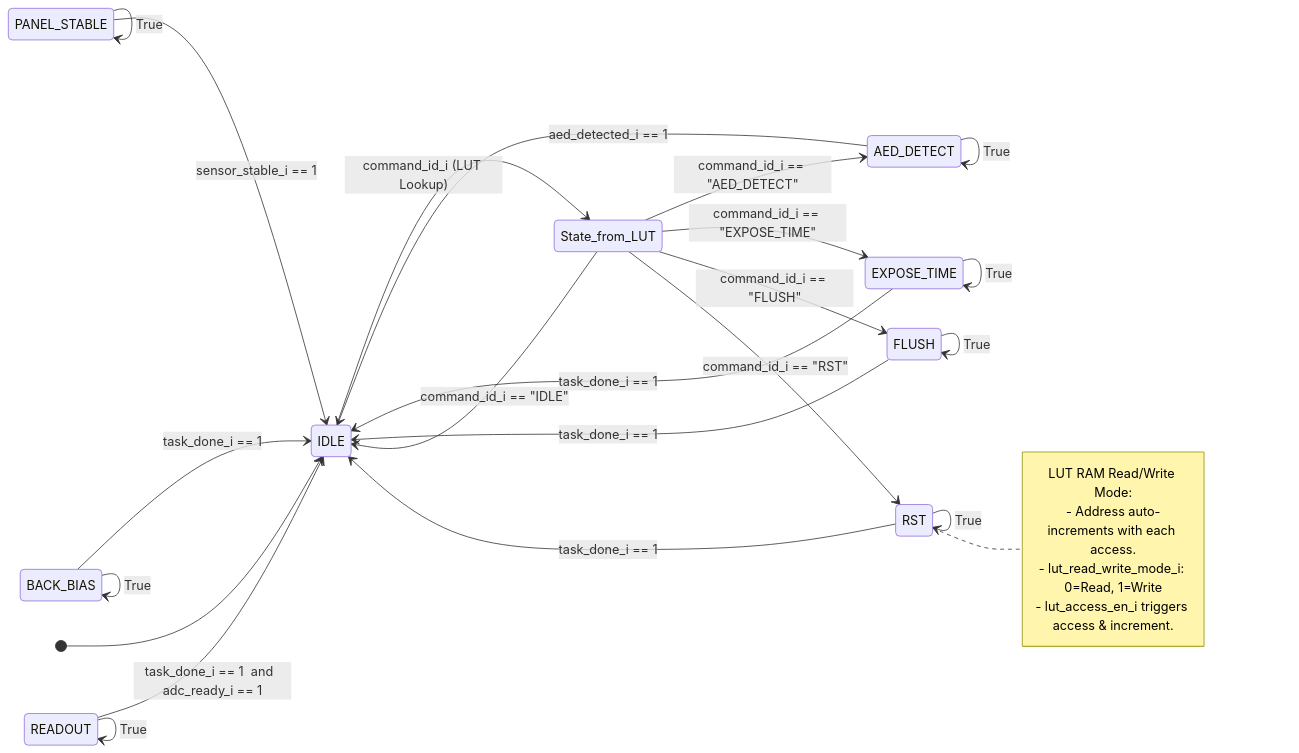
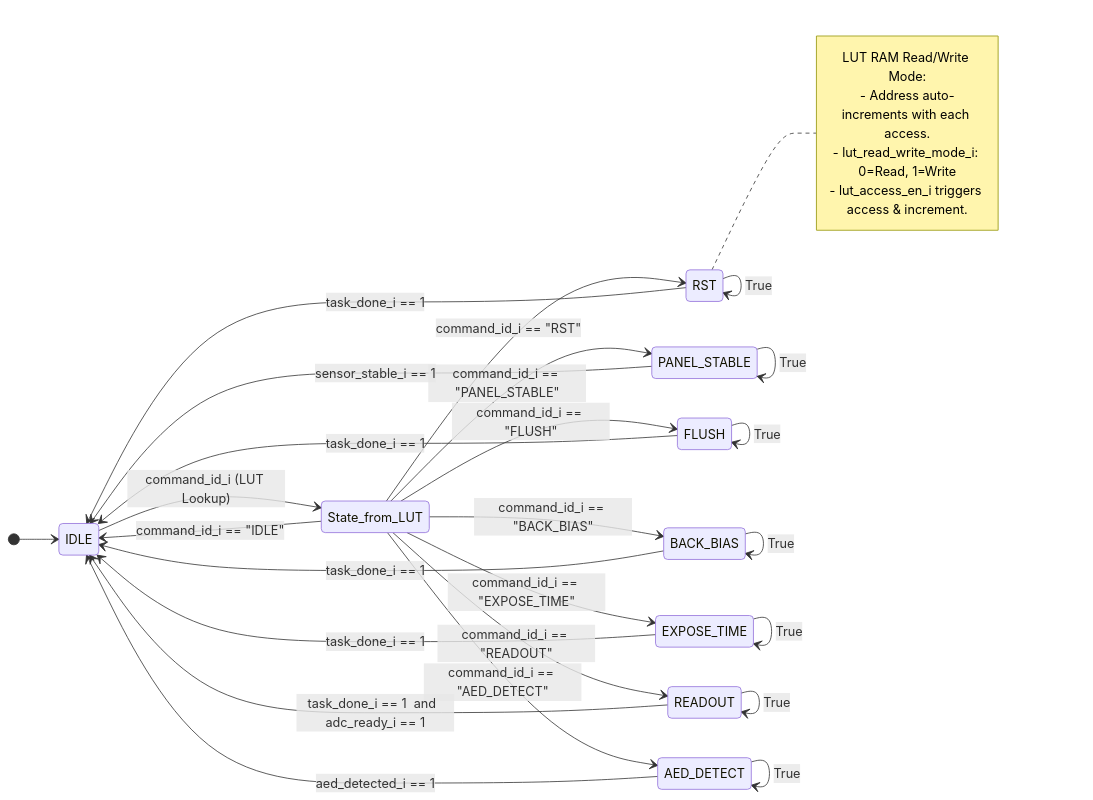
One commit to holee9/fsm_auto changed the diagram in test/fsm_diagram.md. Above: the diagram before and after it, drawn with Mermaid.

Commit message:
Update FSM state transitions: reorder and clarify command_id_i mappings

````diff
--- a/test/fsm_diagram.md
+++ b/test/fsm_diagram.md
@@ -1,43 +1,48 @@
 ```mermaid
 stateDiagram-v2
     direction LR
     state IDLE
     state RST
     state PANEL_STABLE
     state BACK_BIAS
     state FLUSH
     state EXPOSE_TIME
     state READOUT
     state AED_DETECT
 
 
     [*] --> IDLE
     IDLE --> State_from_LUT : command_id_i (LUT Lookup)
     state State_from_LUT <<choice>>
+    State_from_LUT --> RST : command_id_i == "RST"
+    State_from_LUT --> IDLE : command_id_i == "IDLE"
+    State_from_LUT --> PANEL_STABLE : command_id_i == "PANEL_STABLE"
+    State_from_LUT --> FLUSH : command_id_i == "FLUSH"
+    State_from_LUT --> BACK_BIAS : command_id_i == "BACK_BIAS"
+    State_from_LUT --> EXPOSE_TIME : command_id_i == "EXPOSE_TIME"
+    State_from_LUT --> READOUT : command_id_i == "READOUT"
     State_from_LUT --> AED_DETECT : command_id_i == "AED_DETECT"
-    State_from_LUT --> EXPOSE_TIME : command_id_i == "EXPOSE_TIME"
-    State_from_LUT --> FLUSH : command_id_i == "FLUSH"
-    State_from_LUT --> IDLE : command_id_i == "IDLE"
-    State_from_LUT --> RST : command_id_i == "RST"
+
+
     RST --> IDLE : task_done_i == 1
     RST --> RST : True
     PANEL_STABLE --> IDLE : sensor_stable_i == 1
     PANEL_STABLE --> PANEL_STABLE : True
     BACK_BIAS --> IDLE : task_done_i == 1
     BACK_BIAS --> BACK_BIAS : True
     FLUSH --> IDLE : task_done_i == 1
     FLUSH --> FLUSH : True
     EXPOSE_TIME --> IDLE : task_done_i == 1
     EXPOSE_TIME --> EXPOSE_TIME : True
     READOUT --> IDLE : task_done_i == 1  and  adc_ready_i == 1
     READOUT --> READOUT : True
     AED_DETECT --> IDLE : aed_detected_i == 1
     AED_DETECT --> AED_DETECT : True
 
     note right of RST
         LUT RAM Read/Write Mode:
         - Address auto-increments with each access.
         - lut_read_write_mode_i: 0=Read, 1=Write
         - lut_access_en_i triggers access & increment.
     end note
 ```
````
